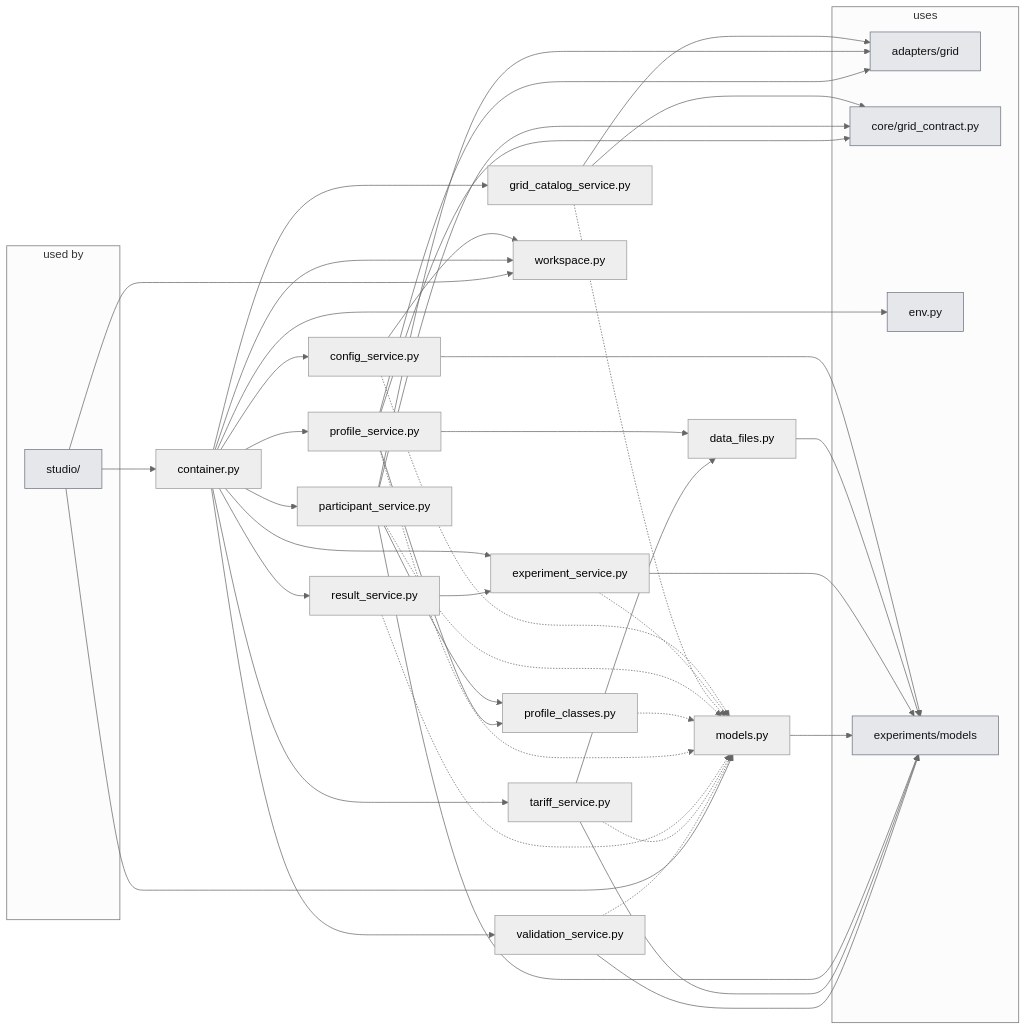
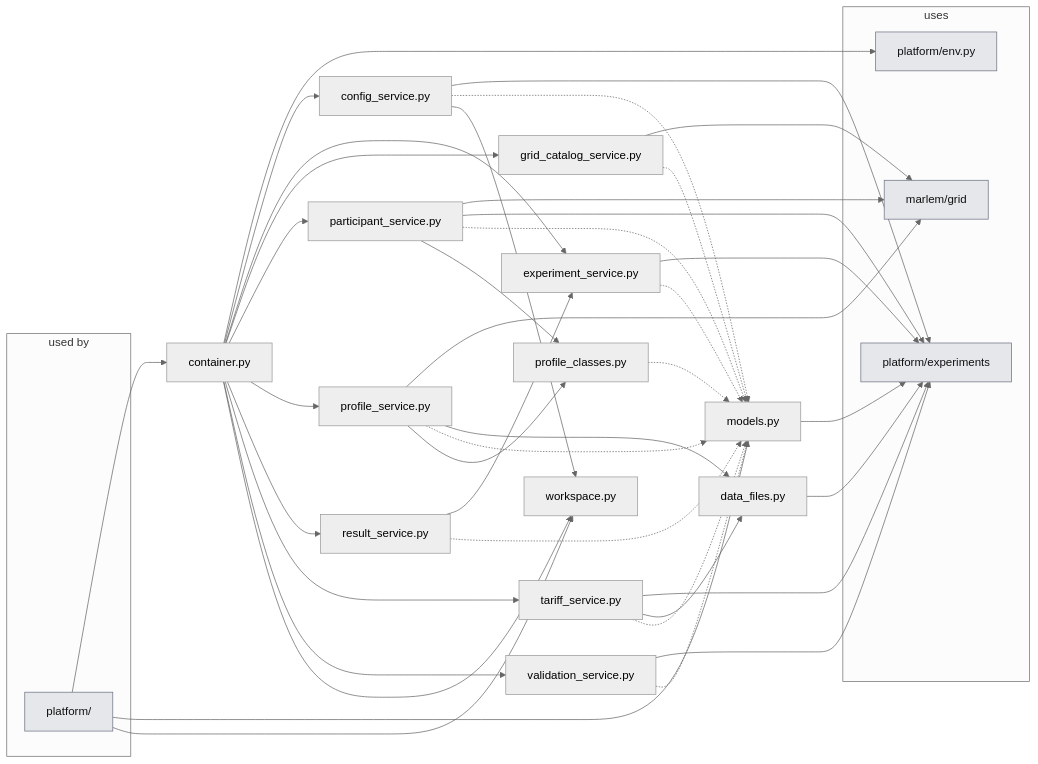
The second of 2 diagrams in docs_thesis/thesis/architecture/04-application-layer.md (KevinRapo/P2P-thesis), drawn with Mermaid (neutral theme) before and after one commit. The commit also changed other lines of this file and 21 other files, not shown here.

````diff
--- a/docs_thesis/thesis/architecture/04-application-layer.md
+++ b/docs_thesis/thesis/architecture/04-application-layer.md
@@ -63,67 +63,63 @@
 ```mermaid
 flowchart LR
   subgraph USERS["used by"]
-    n_studio__users_["studio/"]:::ext
+    n_platform__users_["platform/"]:::ext
   end
-  n_application_config_service["config_service.py"]
-  n_application_container["container.py"]
-  n_application_data_files["data_files.py"]
-  n_application_experiment_service["experiment_service.py"]
-  n_application_grid_catalog_service["grid_catalog_service.py"]
-  n_application_models["models.py"]
-  n_application_participant_service["participant_service.py"]
-  n_application_profile_classes["profile_classes.py"]
-  n_application_profile_service["profile_service.py"]
-  n_application_result_service["result_service.py"]
-  n_application_tariff_service["tariff_service.py"]
-  n_application_validation_service["validation_service.py"]
-  n_application_workspace["workspace.py"]
+  n_platform_services_config_service["config_service.py"]
+  n_platform_services_container["container.py"]
+  n_platform_services_data_files["data_files.py"]
+  n_platform_services_experiment_service["experiment_service.py"]
+  n_platform_services_grid_catalog_service["grid_catalog_service.py"]
+  n_platform_services_models["models.py"]
+  n_platform_services_participant_service["participant_service.py"]
+  n_platform_services_profile_classes["profile_classes.py"]
+  n_platform_services_profile_service["profile_service.py"]
+  n_platform_services_result_service["result_service.py"]
+  n_platform_services_tariff_service["tariff_service.py"]
+  n_platform_services_validation_service["validation_service.py"]
+  n_platform_services_workspace["workspace.py"]
   subgraph USES["uses"]
-    n_adapters_grid["adapters/grid"]:::ext
-    n_core_grid_contract["core/grid_contract.py"]:::ext
-    n_env["env.py"]:::ext
-    n_experiments_models["experiments/models"]:::ext
+    n_marlem_grid["marlem/grid"]:::ext
+    n_platform_env["platform/env.py"]:::ext
+    n_platform_experiments["platform/experiments"]:::ext
   end
-  n_application_config_service -.-> n_application_models
-  n_application_config_service --> n_application_workspace
-  n_application_config_service --> n_experiments_models
-  n_application_container --> n_application_config_service
-  n_application_container --> n_application_experiment_service
-  n_application_container --> n_application_grid_catalog_service
-  n_application_container --> n_application_participant_service
-  n_application_container --> n_application_profile_service
-  n_application_container --> n_application_result_service
-  n_application_container --> n_application_tariff_service
-  n_application_container --> n_application_validation_service
-  n_application_container --> n_application_workspace
-  n_application_container --> n_env
-  n_application_data_files --> n_experiments_models
-  n_application_experiment_service -.-> n_application_models
-  n_application_experiment_service --> n_experiments_models
-  n_application_grid_catalog_service --> n_adapters_grid
-  n_application_grid_catalog_service -.-> n_application_models
-  n_application_grid_catalog_service --> n_core_grid_contract
-  n_application_models --> n_experiments_models
-  n_application_participant_service --> n_adapters_grid
-  n_application_participant_service -.-> n_application_models
-  n_application_participant_service --> n_application_profile_classes
-  n_application_participant_service --> n_core_grid_contract
-  n_application_participant_service --> n_experiments_models
-  n_application_profile_classes -.-> n_application_models
-  n_application_profile_service --> n_adapters_grid
-  n_application_profile_service --> n_application_data_files
-  n_application_profile_service -.-> n_application_models
-  n_application_profile_service --> n_application_profile_classes
-  n_application_profile_service --> n_core_grid_contract
-  n_application_result_service --> n_application_experiment_service
-  n_application_result_service -.-> n_application_models
-  n_application_tariff_service --> n_application_data_files
-  n_application_tariff_service -.-> n_application_models
-  n_application_tariff_service --> n_experiments_models
-  n_application_validation_service -.-> n_application_models
-  n_application_validation_service --> n_experiments_models
-  n_studio__users_ --> n_application_container
-  n_studio__users_ --> n_application_models
-  n_studio__users_ --> n_application_workspace
+  n_platform__users_ --> n_platform_services_container
+  n_platform__users_ --> n_platform_services_models
+  n_platform__users_ --> n_platform_services_workspace
+  n_platform_services_config_service --> n_platform_experiments
+  n_platform_services_config_service -.-> n_platform_services_models
+  n_platform_services_config_service --> n_platform_services_workspace
+  n_platform_services_container --> n_platform_env
+  n_platform_services_container --> n_platform_services_config_service
+  n_platform_services_container --> n_platform_services_experiment_service
+  n_platform_services_container --> n_platform_services_grid_catalog_service
+  n_platform_services_container --> n_platform_services_participant_service
+  n_platform_services_container --> n_platform_services_profile_service
+  n_platform_services_container --> n_platform_services_result_service
+  n_platform_services_container --> n_platform_services_tariff_service
+  n_platform_services_container --> n_platform_services_validation_service
+  n_platform_services_container --> n_platform_services_workspace
+  n_platform_services_data_files --> n_platform_experiments
+  n_platform_services_experiment_service --> n_platform_experiments
+  n_platform_services_experiment_service -.-> n_platform_services_models
+  n_platform_services_grid_catalog_service --> n_marlem_grid
+  n_platform_services_grid_catalog_service -.-> n_platform_services_models
+  n_platform_services_models --> n_platform_experiments
+  n_platform_services_participant_service --> n_marlem_grid
+  n_platform_services_participant_service --> n_platform_experiments
+  n_platform_services_participant_service -.-> n_platform_services_models
+  n_platform_services_participant_service --> n_platform_services_profile_classes
+  n_platform_services_profile_classes -.-> n_platform_services_models
+  n_platform_services_profile_service --> n_marlem_grid
+  n_platform_services_profile_service --> n_platform_services_data_files
+  n_platform_services_profile_service -.-> n_platform_services_models
+  n_platform_services_profile_service --> n_platform_services_profile_classes
+  n_platform_services_result_service --> n_platform_services_experiment_service
+  n_platform_services_result_service -.-> n_platform_services_models
+  n_platform_services_tariff_service --> n_platform_experiments
+  n_platform_services_tariff_service --> n_platform_services_data_files
+  n_platform_services_tariff_service -.-> n_platform_services_models
+  n_platform_services_validation_service --> n_platform_experiments
+  n_platform_services_validation_service -.-> n_platform_services_models
   classDef ext fill:#e5e7eb,stroke:#6b7280,color:#111
 ```
````
